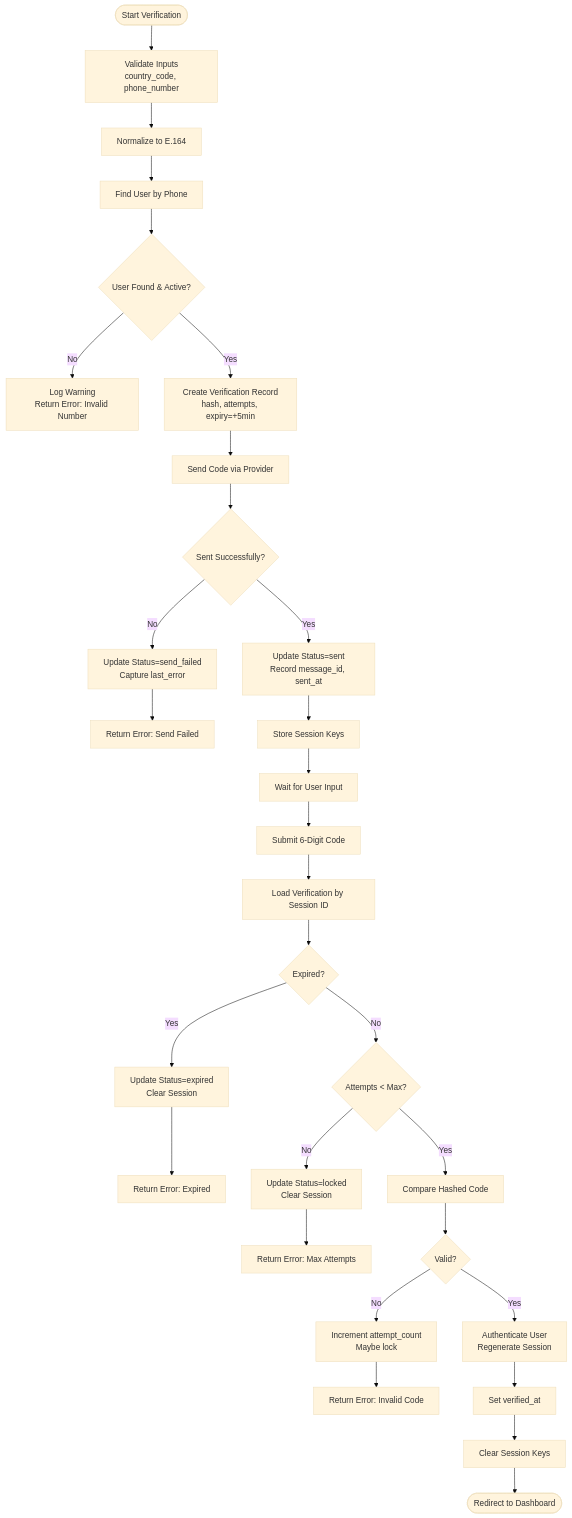
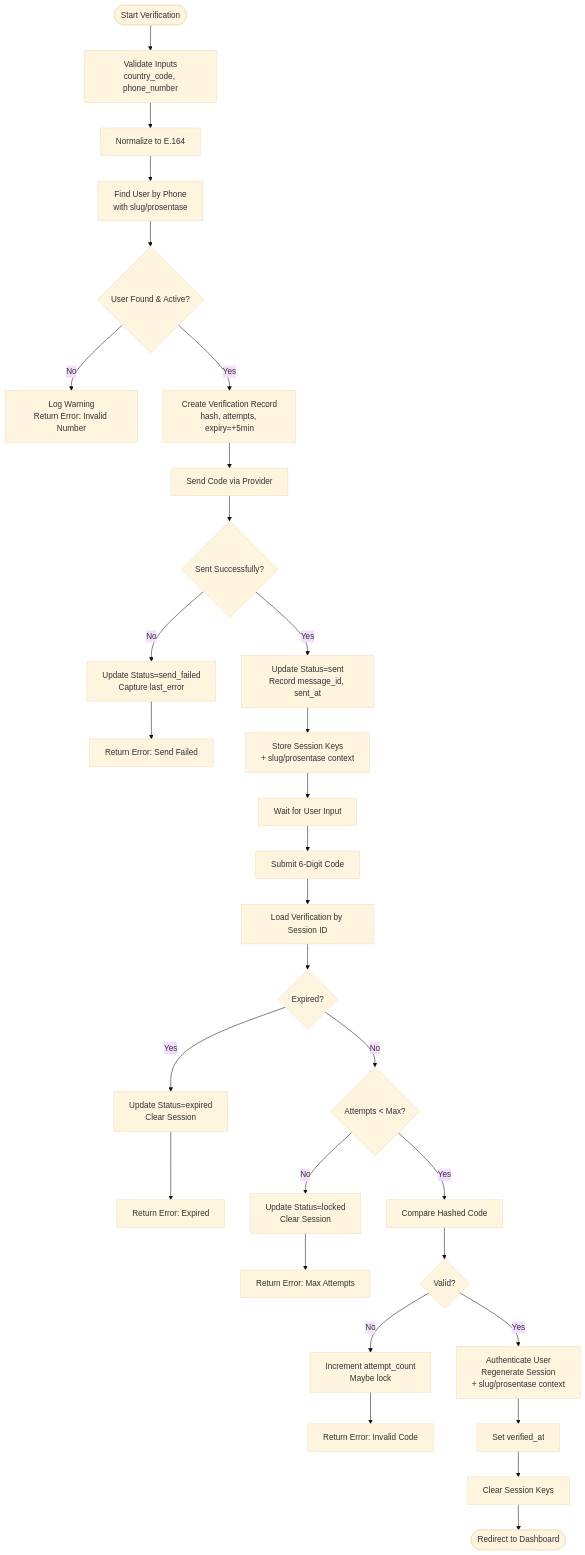
Before and after one commit to rudicatsmile/assesment360: the third of 4 diagrams in .qoder/repowiki/en/content/Data Models & Database Schema/Authentication Entities.md, drawn with Mermaid (base theme). The commit also changed other lines of this file and 10 other files, not shown here.

First line of the commit message:
feat(auth): enhance user model with slug and prosentase fields

````diff
--- a/.qoder/repowiki/en/content/Data Models & Database Schema/Authentication Entities.md
+++ b/.qoder/repowiki/en/content/Data Models & Database Schema/Authentication Entities.md
@@ -247,32 +273,32 @@
 ```mermaid
 flowchart TD
 Start(["Start Verification"]) --> Validate["Validate Inputs<br/>country_code, phone_number"]
 Validate --> Normalize["Normalize to E.164"]
-Normalize --> Lookup["Find User by Phone"]
+Normalize --> Lookup["Find User by Phone<br/>with slug/prosentase"]
 Lookup --> Found{"User Found & Active?"}
 Found --> |No| ErrorInvalid["Log Warning<br/>Return Error: Invalid Number"]
 Found --> |Yes| CreateRec["Create Verification Record<br/>hash, attempts, expiry=+5min"]
 CreateRec --> SendCode["Send Code via Provider"]
 SendCode --> Sent{"Sent Successfully?"}
 Sent --> |No| MarkFail["Update Status=send_failed<br/>Capture last_error"]
 MarkFail --> ErrorSend["Return Error: Send Failed"]
 Sent --> |Yes| MarkSent["Update Status=sent<br/>Record message_id, sent_at"]
-MarkSent --> StoreSession["Store Session Keys"]
+MarkSent --> StoreSession["Store Session Keys<br/>+ slug/prosentase context"]
 StoreSession --> WaitCode["Wait for User Input"]
 WaitCode --> SubmitCode["Submit 6-Digit Code"]
 SubmitCode --> LoadRec["Load Verification by Session ID"]
 LoadRec --> Expired{"Expired?"}
 Expired --> |Yes| MarkExp["Update Status=expired<br/>Clear Session"]
 MarkExp --> ErrorExp["Return Error: Expired"]
 Expired --> |No| Attempts{"Attempts < Max?"}
 Attempts --> |No| Lock["Update Status=locked<br/>Clear Session"]
 Lock --> ErrorMax["Return Error: Max Attempts"]
 Attempts --> |Yes| Compare["Compare Hashed Code"]
 Compare --> Valid{"Valid?"}
 Valid --> |No| IncAttempt["Increment attempt_count<br/>Maybe lock"]
 IncAttempt --> ErrorInvalidCode["Return Error: Invalid Code"]
-Valid --> |Yes| Login["Authenticate User<br/>Regenerate Session"]
+Valid --> |Yes| Login["Authenticate User<br/>Regenerate Session<br/>+ slug/prosentase context"]
 Login --> MarkVerified["Set verified_at"]
 MarkVerified --> ClearSession["Clear Session Keys"]
 ClearSession --> Done(["Redirect to Dashboard"])
 ```
````
